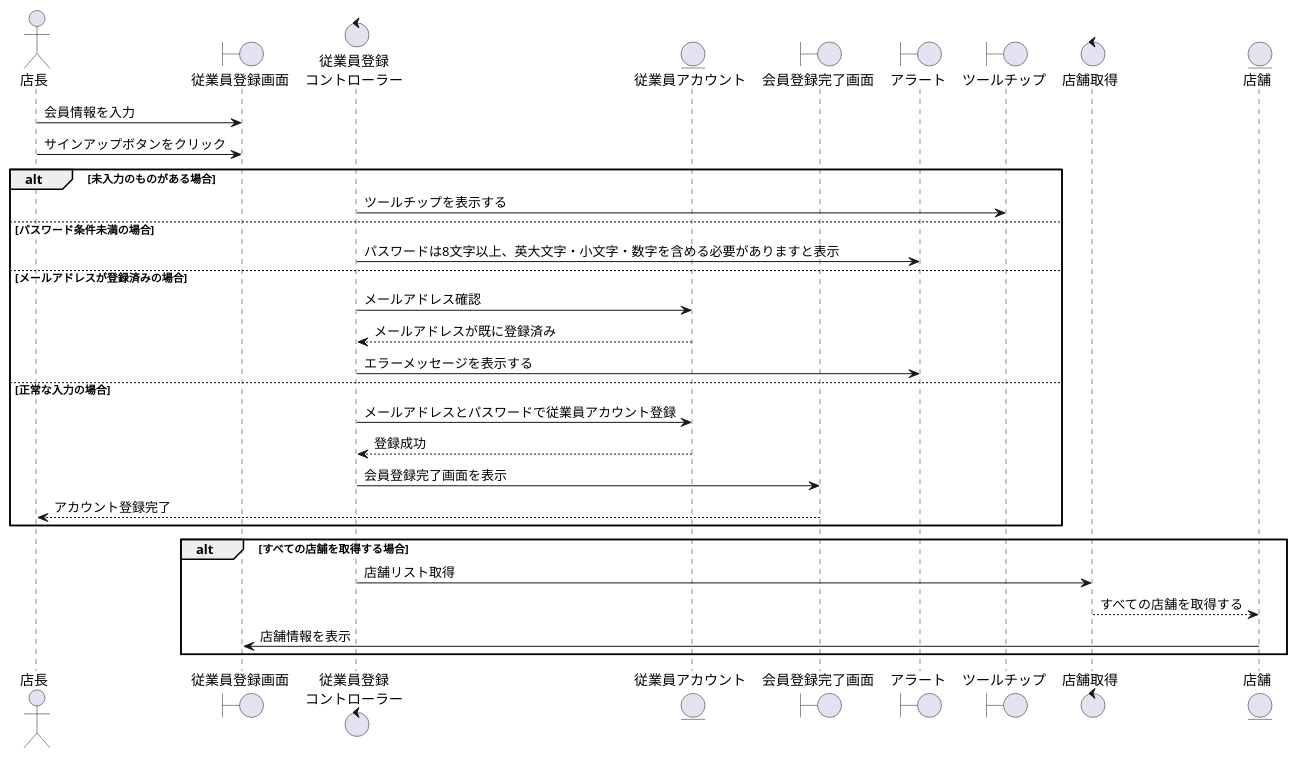
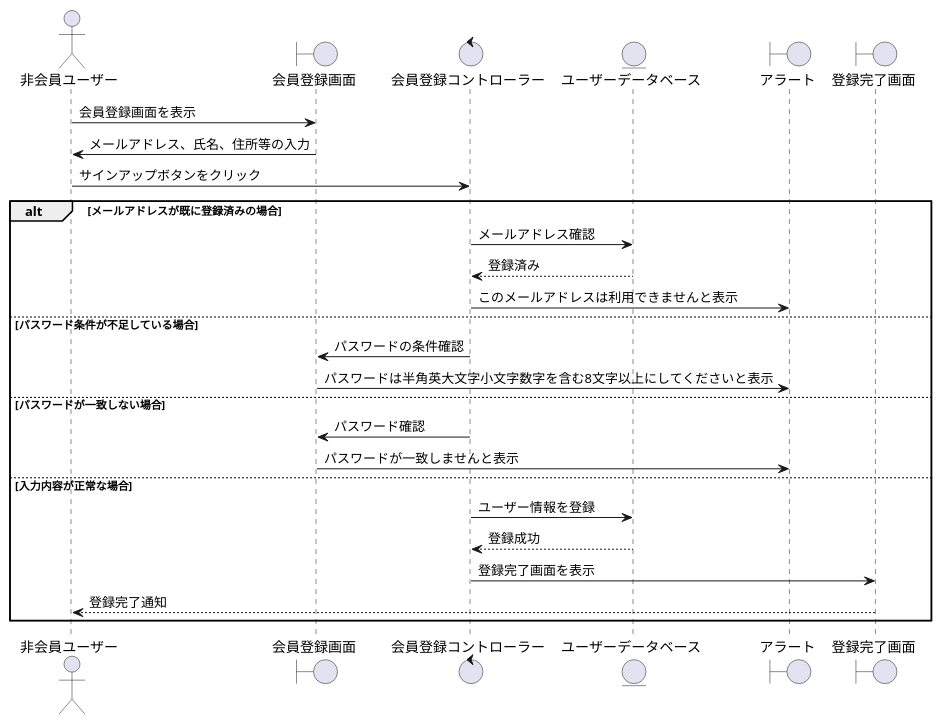
The diagram in BBショップ/会員登録.wsd (ysyk-wtnb16/team_D), drawn with PlantUML before and after one commit. The commit also changed 1 other file, not shown here.

```diff
--- a/BBショップ/会員登録.wsd
+++ b/BBショップ/会員登録.wsd
@@ -1,35 +1,30 @@
 @startuml kaiin_touroku
-actor "店長" as manager
-boundary "従業員登録画面" as reg
-control "従業員登録\nコントローラー" as regc
-entity "従業員アカウント" as emp_account
-boundary "会員登録完了画面" as regk
+actor "非会員ユーザー" as user
+boundary "会員登録画面" as reg
+control "会員登録コントローラー" as regc
+entity "ユーザーデータベース" as db
 boundary "アラート" as alert
-boundary "ツールチップ" as tooltip
-control "店舗取得" as shop_get
-entity "店舗" as shop
+boundary "登録完了画面" as regk
 
-manager -> reg: 会員情報を入力
-manager -> reg: サインアップボタンをクリック
+user -> reg: 会員登録画面を表示
+reg -> user: メールアドレス、氏名、住所等の入力
+user -> regc: サインアップボタンをクリック
 
-alt 未入力のものがある場合
-    regc -> tooltip: ツールチップを表示する
-else パスワード条件未満の場合
-    regc -> alert: パスワードは8文字以上、英大文字・小文字・数字を含める必要がありますと表示
-else メールアドレスが登録済みの場合
-    regc -> emp_account: メールアドレス確認
-    emp_account --> regc: メールアドレスが既に登録済み
-    regc -> alert: エラーメッセージを表示する
-else 正常な入力の場合
-    regc -> emp_account: メールアドレスとパスワードで従業員アカウント登録
-    emp_account --> regc: 登録成功
-    regc -> regk: 会員登録完了画面を表示
-    regk --> manager: アカウント登録完了
+alt メールアドレスが既に登録済みの場合
+    regc -> db: メールアドレス確認
+    db --> regc: 登録済み
+    regc -> alert: このメールアドレスは利用できませんと表示
+else パスワード条件が不足している場合
+    regc -> reg: パスワードの条件確認
+    reg -> alert: パスワードは半角英大文字小文字数字を含む8文字以上にしてくださいと表示
+else パスワードが一致しない場合
+    regc -> reg: パスワード確認
+    reg -> alert: パスワードが一致しませんと表示
+else 入力内容が正常な場合
+    regc -> db: ユーザー情報を登録
+    db --> regc: 登録成功
+    regc -> regk: 登録完了画面を表示
+    regk --> user: 登録完了通知
 end
 
-alt すべての店舗を取得する場合
-    regc -> shop_get: 店舗リスト取得
-    shop_get --> shop: すべての店舗を取得する
-    shop -> reg: 店舗情報を表示
-end
 @enduml
```
